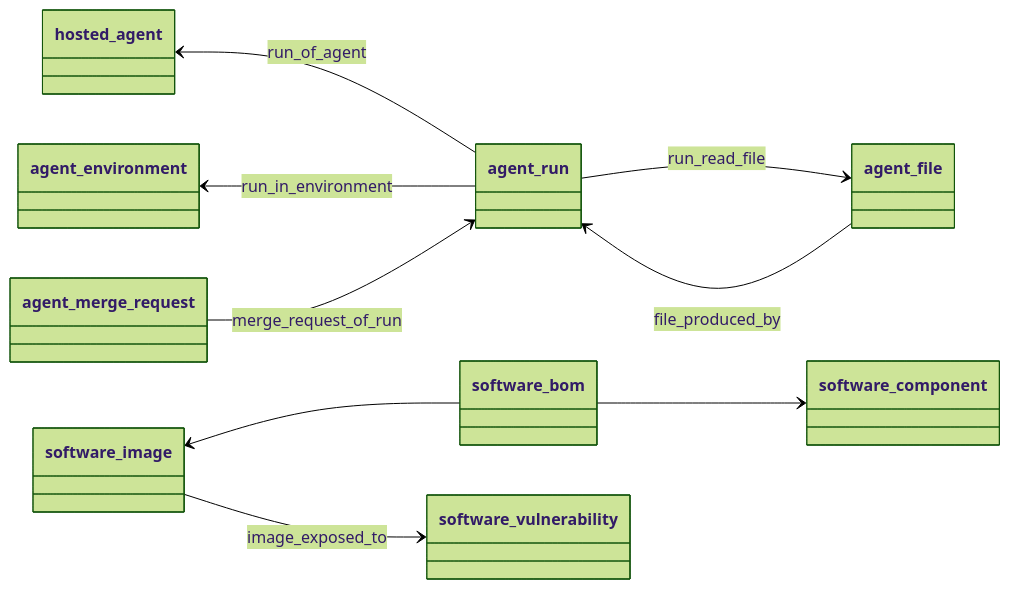
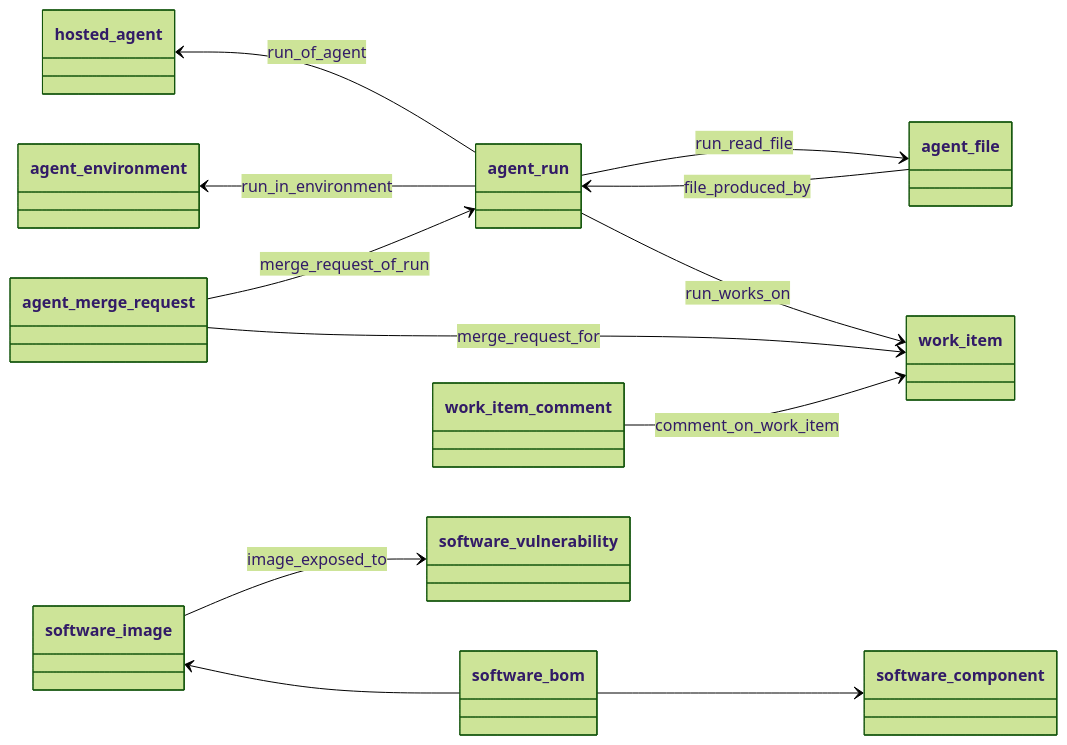
Before and after one commit to Pnex/pnex-rs: diagram 19 of 21 in docs/architecture/agents.md, drawn with Mermaid (forest theme). The commit also changed other lines of this file and 22 other files, not shown here.

````diff
--- a/docs/architecture/agents.md
+++ b/docs/architecture/agents.md
@@ -552,12 +562,15 @@
 ```mermaid
 classDiagram
   direction LR
   hosted_agent <-- agent_run : run_of_agent
   agent_environment <-- agent_run : run_in_environment
   agent_file --> agent_run : file_produced_by
   agent_run --> agent_file : run_read_file
   agent_merge_request --> agent_run : merge_request_of_run
+  agent_run --> work_item : run_works_on
+  agent_merge_request --> work_item : merge_request_for
+  work_item_comment --> work_item : comment_on_work_item
   software_image <-- software_bom
   software_image --> software_vulnerability : image_exposed_to
   software_bom --> software_component
 ```
````
